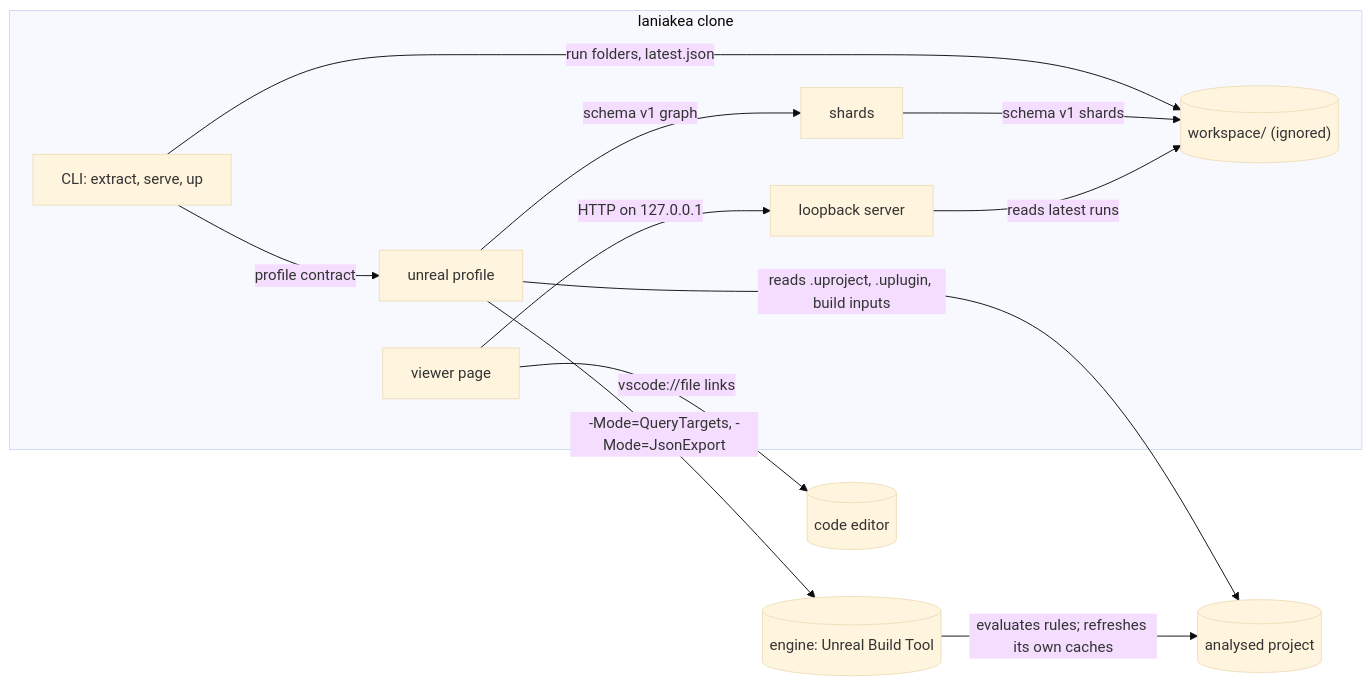
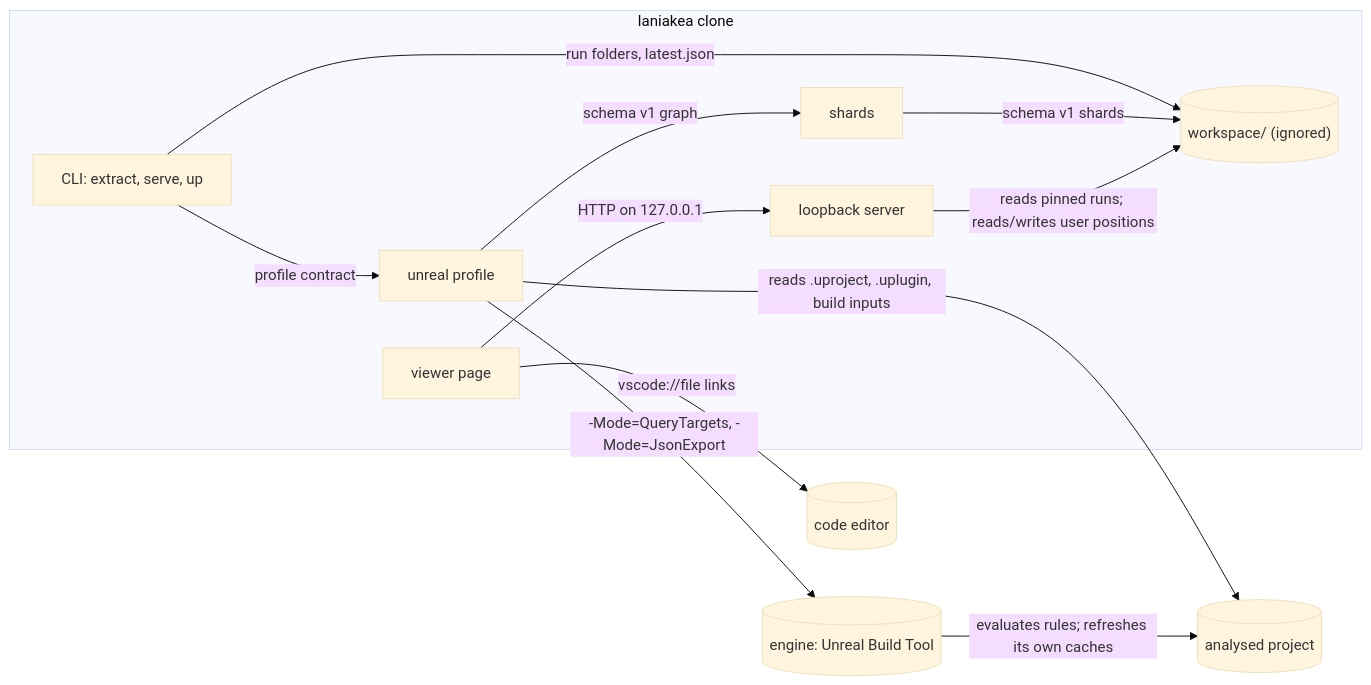
One commit to 6r0m/laniakea changed the diagram in docs/architecture/diagrams/main.md. Above: the diagram before and after it, drawn with Mermaid (base theme). The commit also changed 48 other files, not shown here.

````diff
--- a/docs/architecture/diagrams/main.md
+++ b/docs/architecture/diagrams/main.md
@@ -6,15 +6,15 @@
 ```mermaid
 flowchart LR
     subgraph laniakea["laniakea clone"]
         CLI["CLI: extract, serve, up"] -->|"profile contract"| Profile["unreal profile"]
         CLI -->|"run folders, latest.json"| Workspace[("workspace/ (ignored)")]
         Profile -->|"schema v1 graph"| Shards["shards"]
         Shards -->|"schema v1 shards"| Workspace
-        Server["loopback server"] -->|"reads latest runs"| Workspace
+        Server["loopback server"] -->|"reads pinned runs; reads/writes user positions"| Workspace
         Viewer["viewer page"] -->|"HTTP on 127.0.0.1"| Server
     end
     Profile -->|"reads .uproject, .uplugin, build inputs"| Project[("analysed project")]
     Profile -->|"-Mode=QueryTargets, -Mode=JsonExport"| UBT[("engine: Unreal Build Tool")]
     UBT -->|"evaluates rules; refreshes its own caches"| Project
     Viewer -->|"vscode://file links"| Editor[("code editor")]
 ```
````
